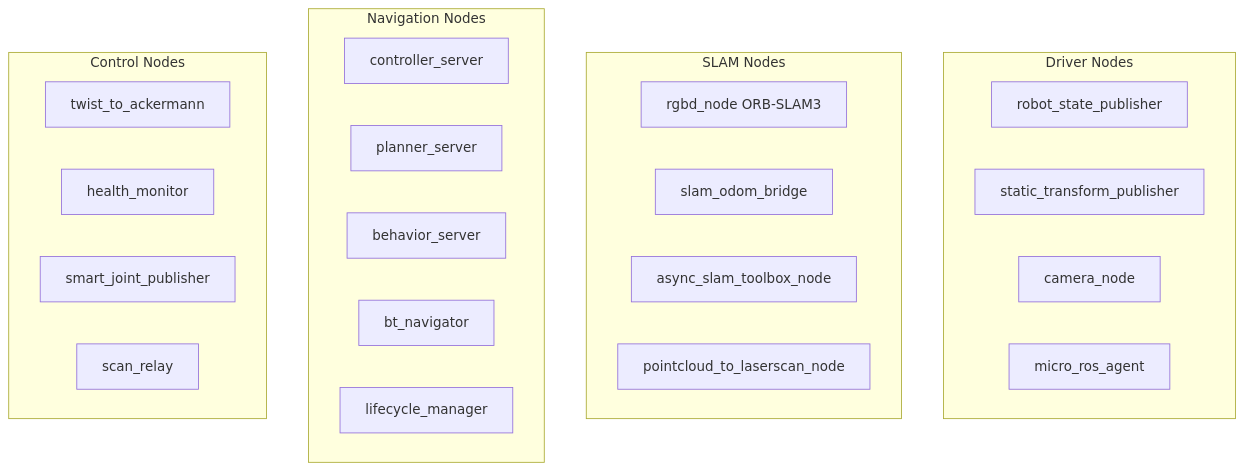
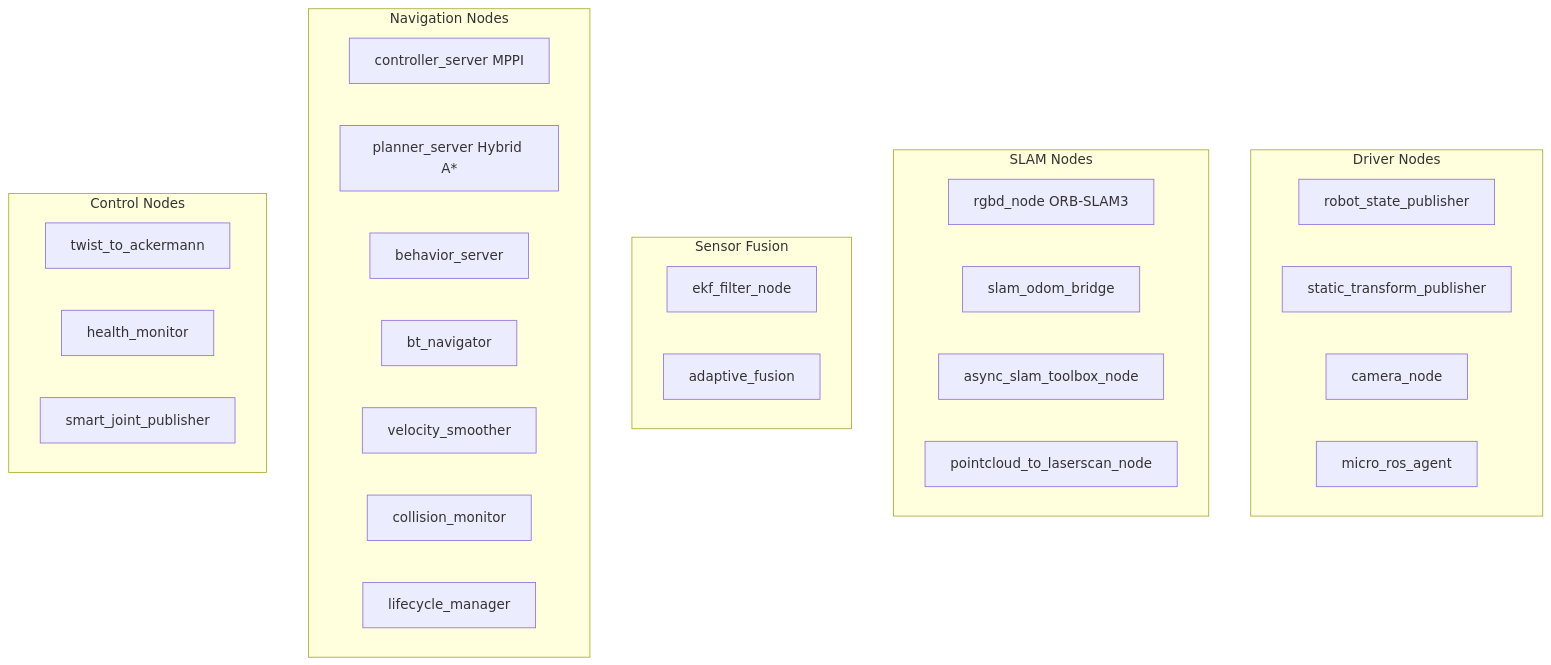
The fourth of 13 diagrams in SYSTEM_DOCUMENTATION.md (KashmeeraTT/Ackerman_UGV), drawn with Mermaid before and after one commit. The commit also changed other lines of this file and 11 other files, not shown here.

Commit message:
feat: Implement dynamic steering calibration, refactor controller architecture by removing old headers, and adjust firmware publishing rates.

````diff
--- a/SYSTEM_DOCUMENTATION.md
+++ b/SYSTEM_DOCUMENTATION.md
@@ -238,31 +247,37 @@
 ```mermaid
 graph TB
     subgraph Drivers[Driver Nodes]
         RSP[robot_state_publisher]
         STP[static_transform_publisher]
         CAM[camera_node]
         MRA[micro_ros_agent]
     end
     
     subgraph SLAM[SLAM Nodes]
         ORB[rgbd_node ORB-SLAM3]
         SOB[slam_odom_bridge]
         STB[async_slam_toolbox_node]
         P2L[pointcloud_to_laserscan_node]
     end
     
+    subgraph Fusion[Sensor Fusion]
+        EKF[ekf_filter_node]
+        AF[adaptive_fusion]
+    end
+    
     subgraph Nav2[Navigation Nodes]
-        CS[controller_server]
-        PS[planner_server]
+        CS[controller_server MPPI]
+        PS[planner_server Hybrid A*]
         BS[behavior_server]
         BTN[bt_navigator]
+        VS[velocity_smoother]
+        CM[collision_monitor]
         LM[lifecycle_manager]
     end
     
     subgraph CtrlNodes[Control Nodes]
         T2A[twist_to_ackermann]
         HM[health_monitor]
         SJP[smart_joint_publisher]
-        SR[scan_relay]
     end
 ```
````
